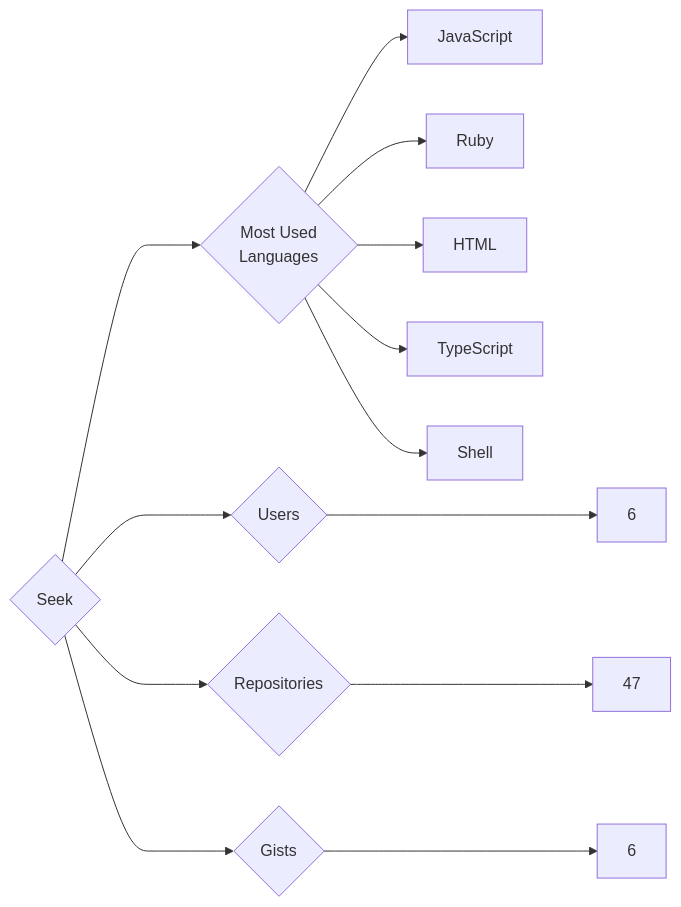
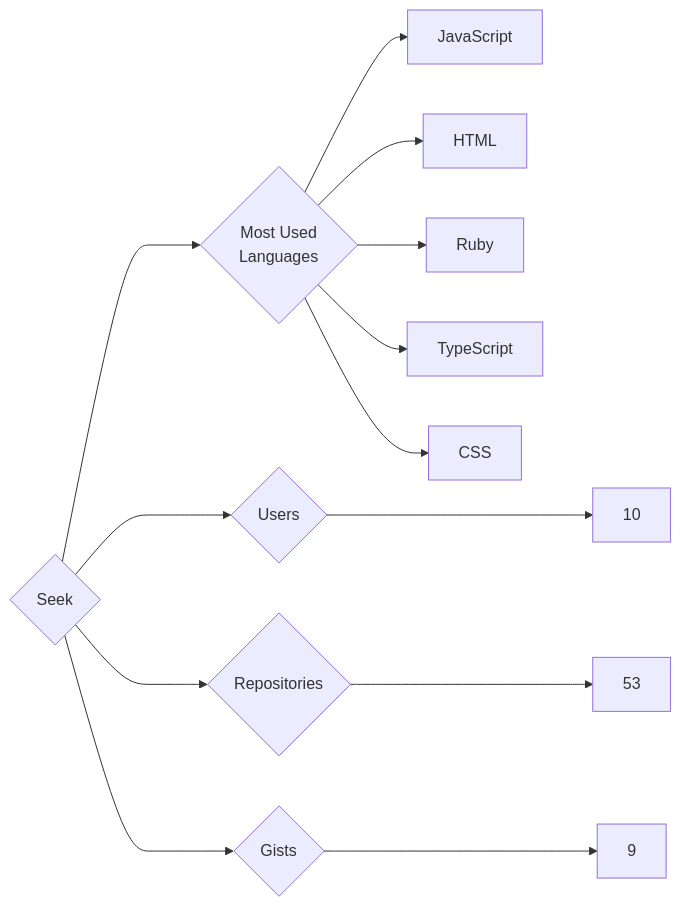
Before and after one commit to trickest/insiders: the diagram in targets/Seek/README.md, drawn with Mermaid. The commit also changed 728 other files, not shown here.

````diff
--- a/targets/Seek/README.md
+++ b/targets/Seek/README.md
@@ -3,13 +3,13 @@
 ```mermaid
 graph LR
 COMPANY_NAME{Seek}
-COMPANY_NAME ---> U{Users} ---> UN[6]
-COMPANY_NAME ---> R{Repositories} ---> RN[47]
-COMPANY_NAME ---> G{Gists} ---> GN[6]
+COMPANY_NAME ---> U{Users} ---> UN[10]
+COMPANY_NAME ---> R{Repositories} ---> RN[53]
+COMPANY_NAME ---> G{Gists} ---> GN[9]
 COMPANY_NAME ---> ML{Most Used<br>Languages}
 ML --> JavaScript[JavaScript]
+ML --> HTML[HTML]
 ML --> Ruby[Ruby]
-ML --> HTML[HTML]
 ML --> TypeScript[TypeScript]
-ML --> Shell[Shell]
+ML --> CSS[CSS]
 ```
````
